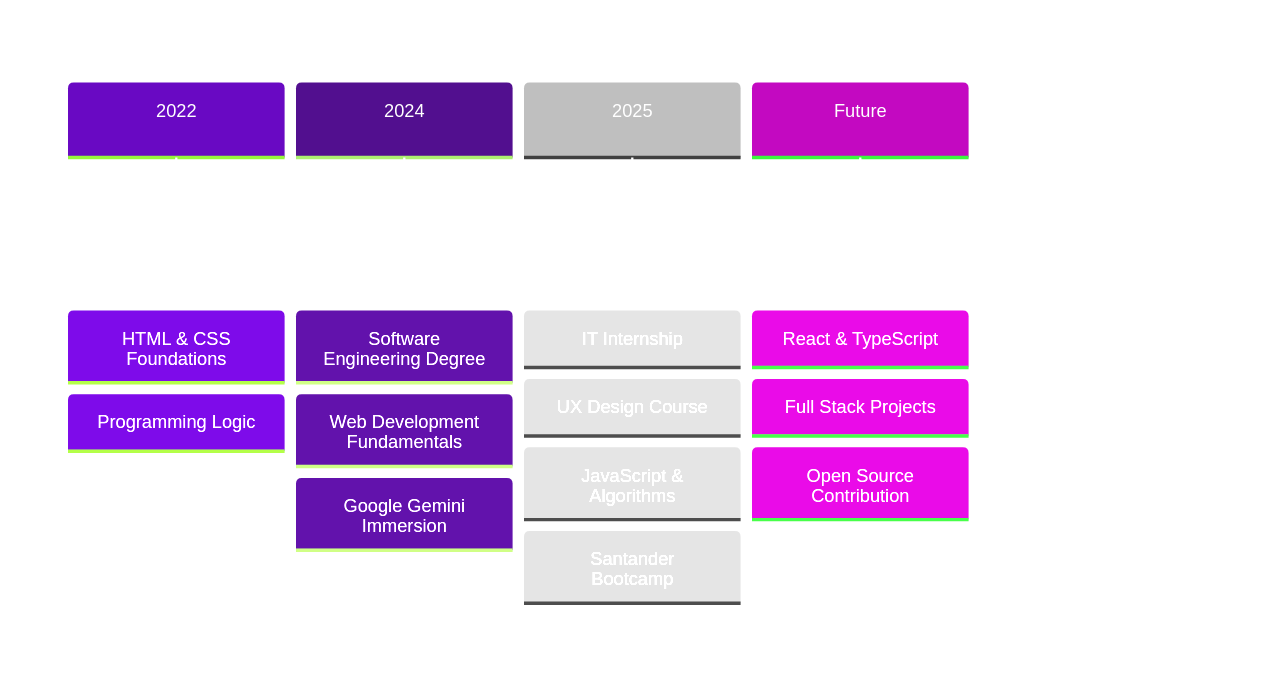
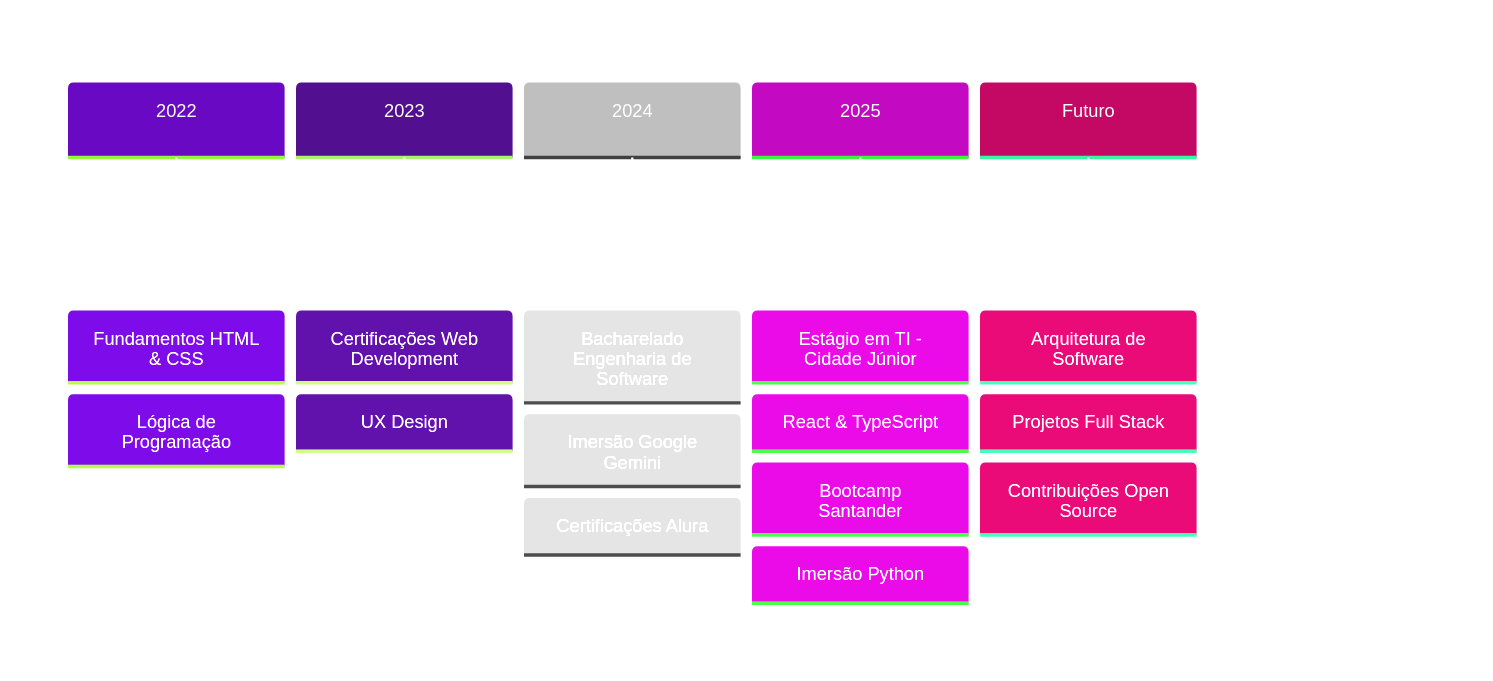
One commit to arianearchanjo/arianearchanjo changed the first of 2 diagrams in README.md. Above: the diagram before and after it, drawn with Mermaid. The commit also changed other lines of this file, not shown here.

````diff
--- a/README.md
+++ b/README.md
@@ -93,17 +153,19 @@
 ```mermaid
 %%{init: {'theme':'base', 'themeVariables': { 'primaryColor':'#a855f7','primaryTextColor':'#fff','primaryBorderColor':'#7c3aed','lineColor':'#8b5cf6','secondaryColor':'#9333ea','tertiaryColor':'#fff'}}}%%
 timeline
-    title My Development Journey
-    2022 : HTML & CSS Foundations
-         : Programming Logic
-    2024 : Software Engineering Degree
-         : Web Development Fundamentals
-         : Google Gemini Immersion
-    2025 : IT Internship
-         : UX Design Course
-         : JavaScript & Algorithms
-         : Santander Bootcamp
-    Future : React & TypeScript
-           : Full Stack Projects
-           : Open Source Contribution
+    title Minha Jornada em Tecnologia
+    2022 : Fundamentos HTML & CSS
+         : Lógica de Programação
+    2023 : Certificações Web Development
+         : UX Design
+    2024 : Bacharelado Engenharia de Software
+         : Imersão Google Gemini
+         : Certificações Alura
+    2025 : Estágio em TI - Cidade Júnior
+         : React & TypeScript
+         : Bootcamp Santander
+         : Imersão Python
+    Futuro : Arquitetura de Software
+           : Projetos Full Stack
+           : Contribuições Open Source
 ```
````
